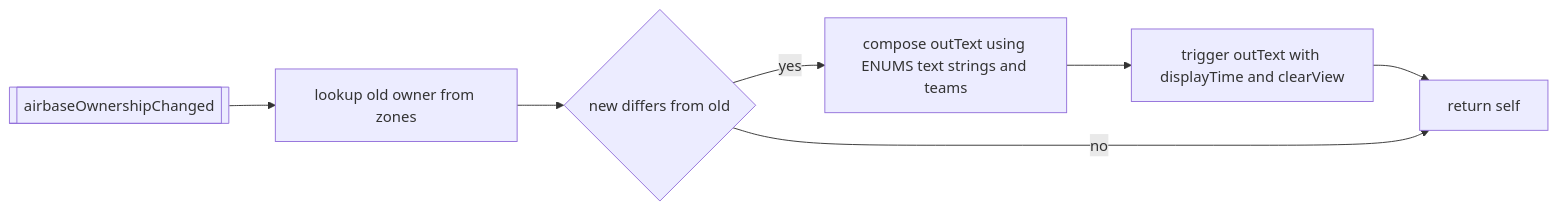
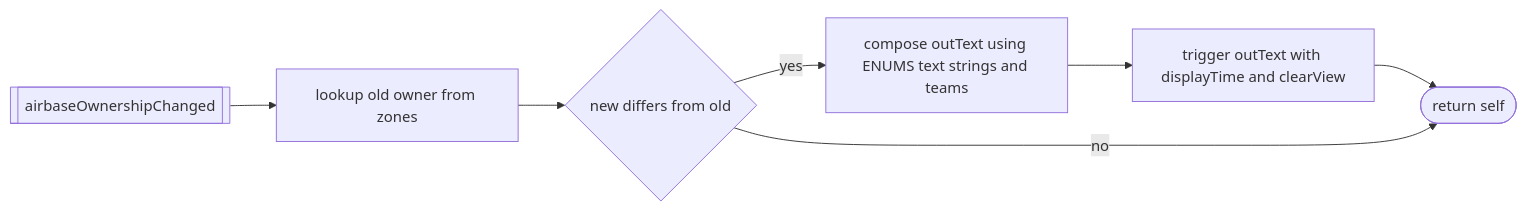
One commit to Gh0st352/AETHR changed the fifth of 7 diagrams in docs/world/ownership.md. Above: the diagram before and after it, drawn with Mermaid. The commit also changed other lines of this file and 7 other files, not shown here.

First line of the commit message:
docs(world, mermaid): normalize headings and standardize Mermaid diagrams

````diff
--- a/docs/world/ownership.md
+++ b/docs/world/ownership.md
@@ -115,9 +143,14 @@
 ```mermaid
+%% shared theme: docs/_mermaid/theme.json %%
 flowchart LR
   AOC[[airbaseOwnershipChanged]] --> GET[lookup old owner from zones]
   GET --> DIFF{new differs from old}
-  DIFF -->|yes| TEXT[compose outText using ENUMS text strings and teams]
+  DIFF -- "yes" --> TEXT[compose outText using ENUMS text strings and teams]
   TEXT --> OUT[trigger outText with displayTime and clearView]
-  OUT --> RET[return self]
-  DIFF -->|no| RET
+  OUT --> RET([return self])
+  DIFF -- "no" --> RET
+
+  class DIFF class_decision;
+  class RET class_result;
+  class AOC,GET,TEXT,OUT class_step;
 ```
````
